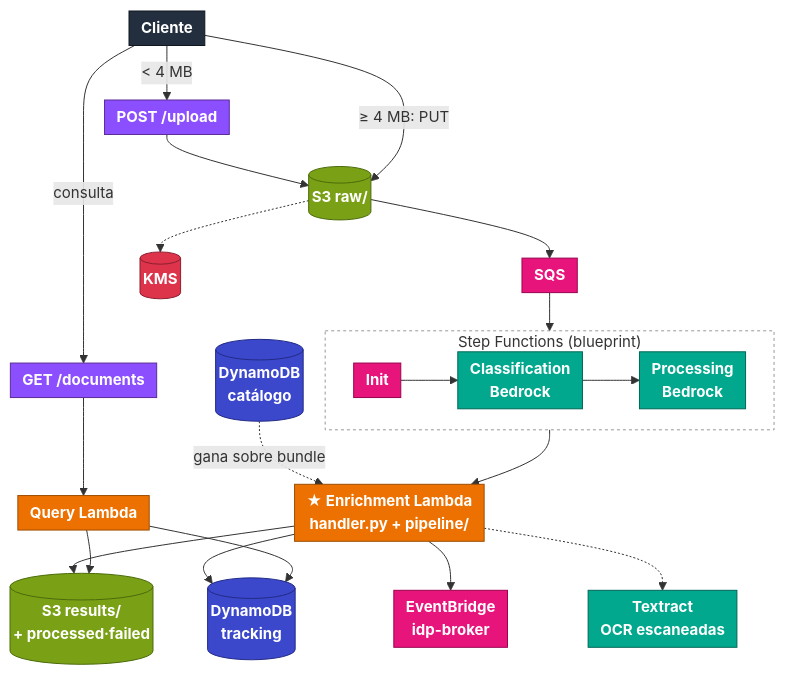
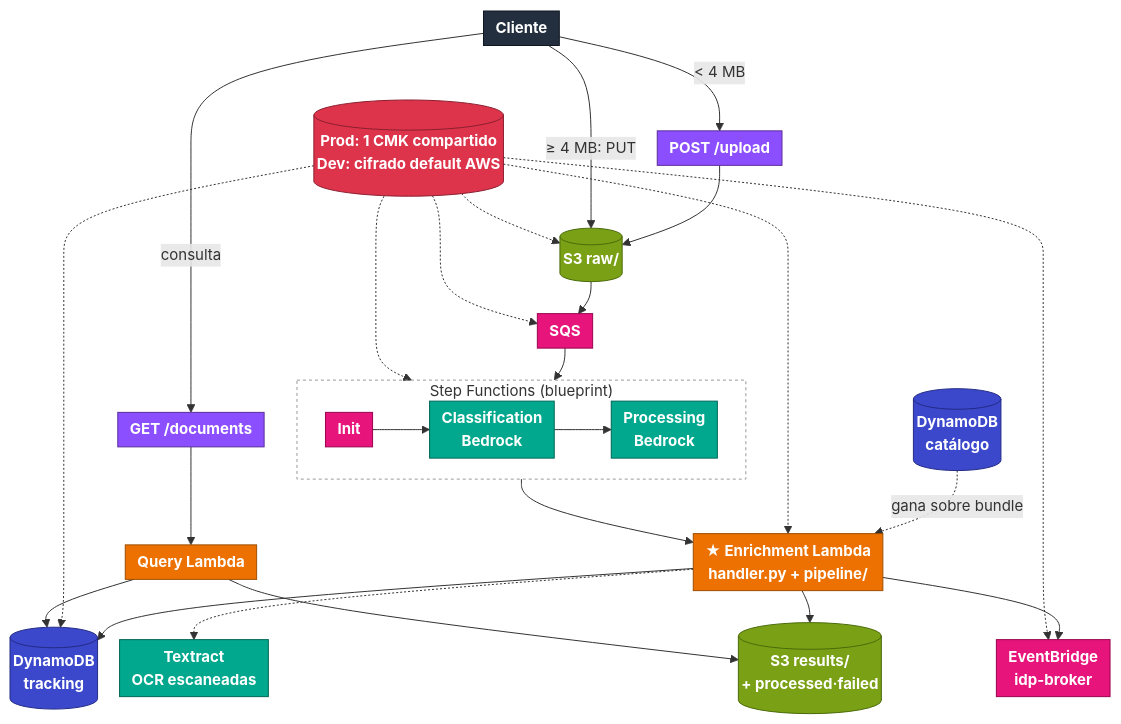
Before and after one commit to LuisHM5/idp: the diagram in documentacion/diagrams/arquitectura-aws.mmd, drawn with Mermaid. The commit also changed 18 other files, not shown here.

```diff
--- a/documentacion/diagrams/arquitectura-aws.mmd
+++ b/documentacion/diagrams/arquitectura-aws.mmd
@@ -1,51 +1,56 @@
 %%{init: {'flowchart': {'nodeSpacing': 22, 'rankSpacing': 32, 'padding': 6, 'curve': 'basis'}, 'themeVariables': {'fontSize': '15px'}}}%%
 flowchart TB
     CLIENTE["Cliente"]:::client
 
     UP["POST /upload"]:::network
     QG["GET /documents"]:::network
 
     RAW[("S3 raw/")]:::storage
     SQS["SQS"]:::integration
 
     subgraph SFN["Step Functions (blueprint)"]
         direction LR
         INIT["Init"] --> CLS["Classification<br/>Bedrock"] --> PROC["Processing<br/>Bedrock"]
     end
 
     LAMBDA["★ Enrichment Lambda<br/>handler.py + pipeline/"]:::compute
     TX["Textract<br/>OCR escaneadas"]:::ml
 
     RES[("S3 results/<br/>+ processed·failed")]:::storage
     DDBT[("DynamoDB<br/>tracking")]:::database
     DDBC[("DynamoDB<br/>catálogo")]:::database
     EB["EventBridge<br/>idp-broker"]:::integration
-    KMSN[("KMS")]:::security
+    KMSN[("Prod: 1 CMK compartido<br/>Dev: cifrado default AWS")]:::security
     QL["Query Lambda"]:::compute
 
     CLIENTE -->|"< 4 MB"| UP --> RAW
     CLIENTE -->|"≥ 4 MB: PUT"| RAW
     RAW --> SQS --> SFN --> LAMBDA
     LAMBDA --> RES
     LAMBDA --> DDBT
     LAMBDA --> EB
     LAMBDA -.-> TX
     DDBC -.->|"gana sobre bundle"| LAMBDA
-    RAW -.-> KMSN
+    KMSN -.-> RAW
+    KMSN -.-> SQS
+    KMSN -.-> SFN
+    KMSN -.-> DDBT
+    KMSN -.-> EB
+    KMSN -.-> LAMBDA
 
     CLIENTE -->|"consulta"| QG --> QL
     QL --> DDBT
     QL --> RES
 
     classDef compute fill:#ED7100,stroke:#9D4E00,color:#fff,font-weight:bold
     classDef storage fill:#7AA116,stroke:#4B6B0B,color:#fff,font-weight:bold
     classDef database fill:#3B48CC,stroke:#232B85,color:#fff,font-weight:bold
     classDef integration fill:#E7157B,stroke:#99034F,color:#fff,font-weight:bold
     classDef network fill:#8C4FFF,stroke:#5C2D99,color:#fff,font-weight:bold
     classDef security fill:#DD344C,stroke:#8C1F30,color:#fff,font-weight:bold
     classDef ml fill:#01A88D,stroke:#016657,color:#fff,font-weight:bold
     classDef client fill:#232F3E,stroke:#0F1620,color:#fff,font-weight:bold
 
     class INIT integration
     class CLS,PROC ml
     style SFN fill:transparent,stroke:#999,stroke-width:1px,stroke-dasharray: 3 3,color:#333
```
